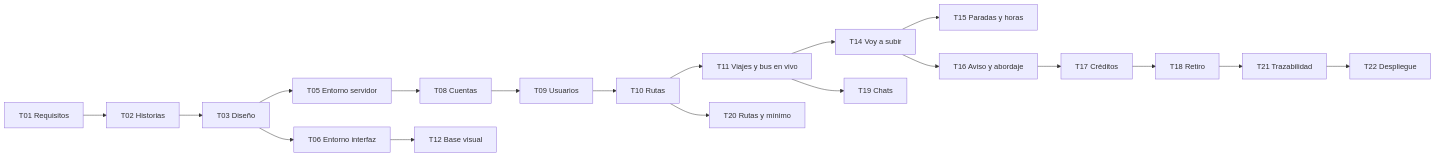
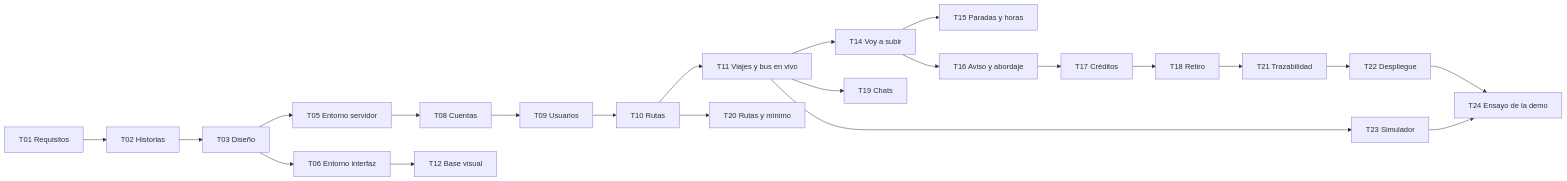
The first of 2 diagrams in docs/sesion-08-09-plan.md (hugozuniga770/UPBus), drawn with Mermaid before and after one commit. The commit also changed other lines of this file and 7 other files, not shown here.

Commit message:
Entrevistas ENT-01 y ENT-02, costos, Gantt y diagramas de secuencia

````diff
--- a/docs/sesion-08-09-plan.md
+++ b/docs/sesion-08-09-plan.md
@@ -81,12 +104,14 @@
 ```mermaid
 flowchart LR
     T01[T01 Requisitos] --> T02[T02 Historias] --> T03[T03 Diseño]
     T03 --> T05[T05 Entorno servidor] --> T08[T08 Cuentas]
     T03 --> T06[T06 Entorno interfaz] --> T12[T12 Base visual]
     T08 --> T09[T09 Usuarios] --> T10[T10 Rutas] --> T11[T11 Viajes y bus en vivo]
     T11 --> T14[T14 Voy a subir] --> T15[T15 Paradas y horas]
     T14 --> T16[T16 Aviso y abordaje] --> T17[T17 Créditos] --> T18[T18 Retiro]
     T11 --> T19[T19 Chats]
     T10 --> T20[T20 Rutas y mínimo]
-    T18 --> T21[T21 Trazabilidad] --> T22[T22 Despliegue]
+    T11 --> T23[T23 Simulador]
+    T18 --> T21[T21 Trazabilidad] --> T22[T22 Despliegue] --> T24[T24 Ensayo de la demo]
+    T23 --> T24
 ```
````
